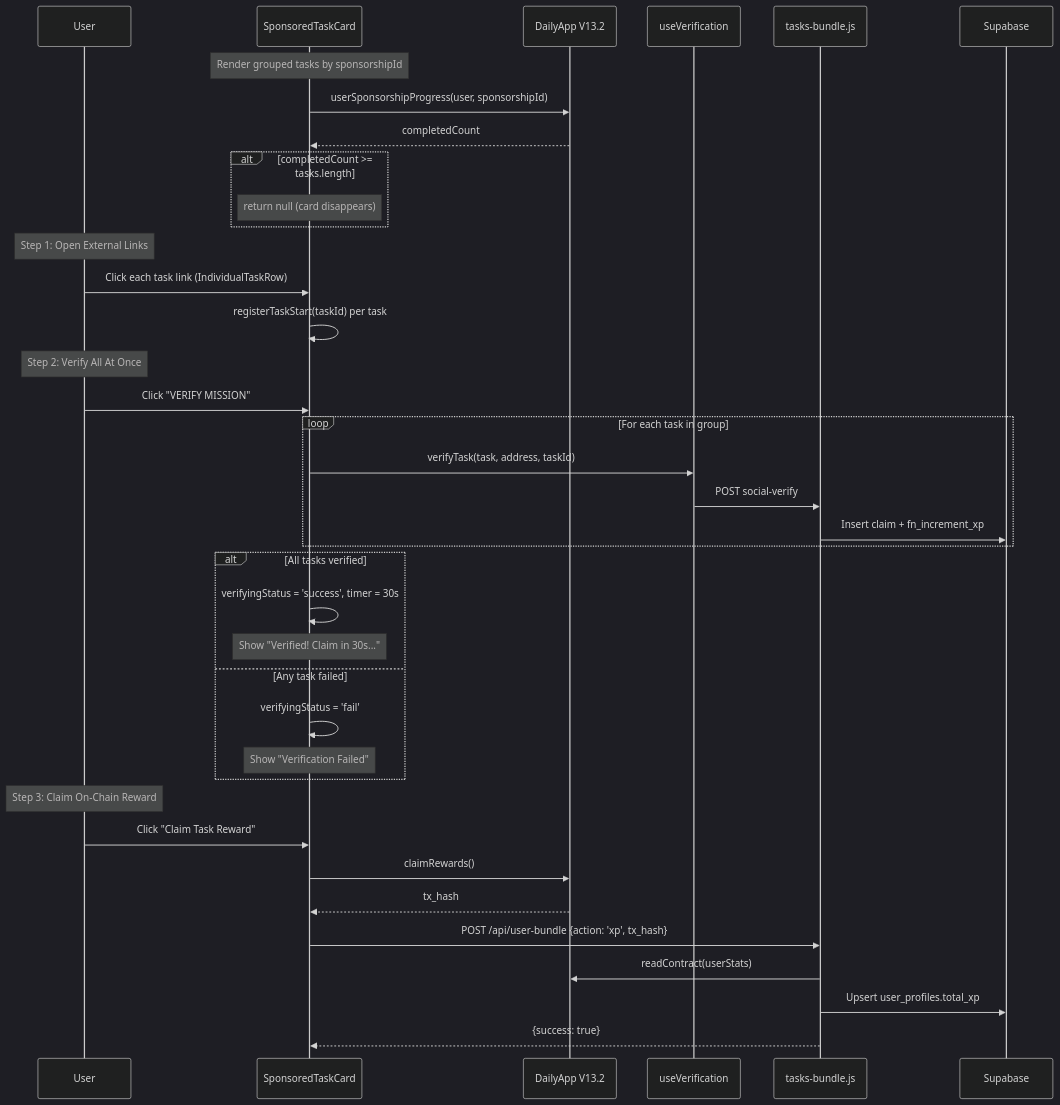
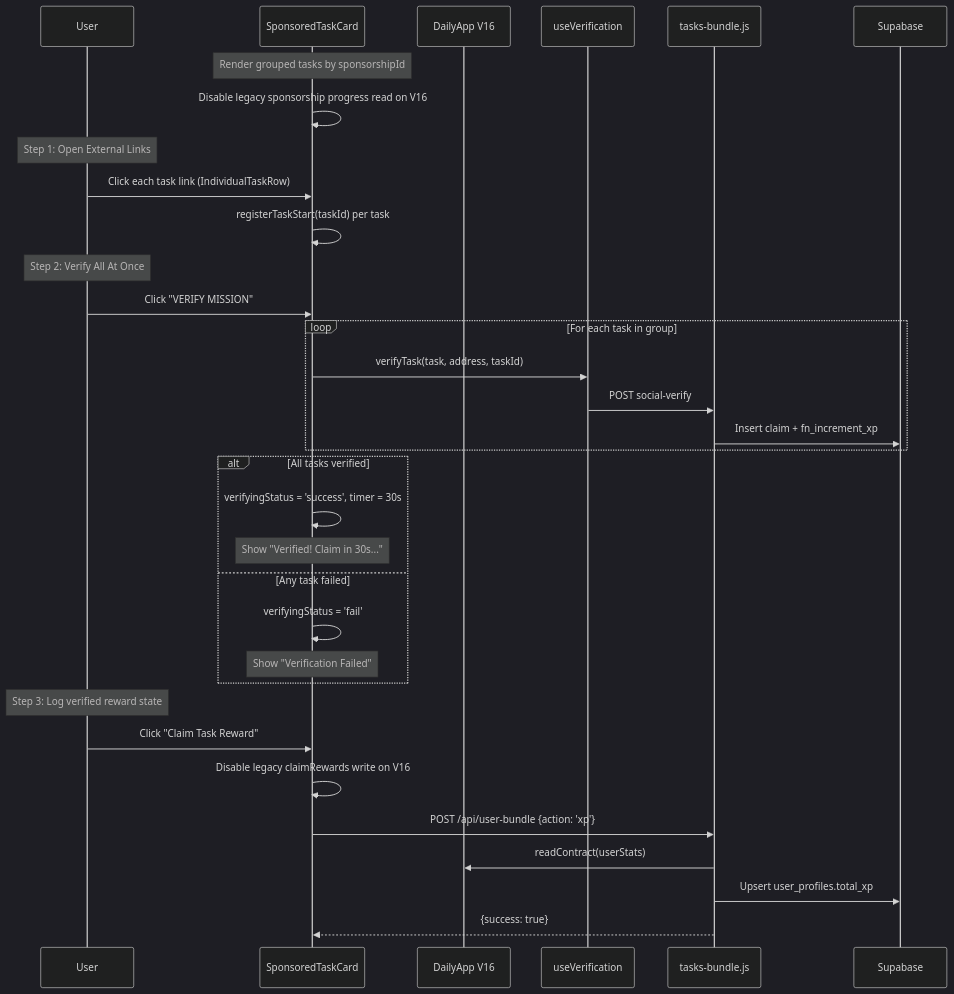
One commit to cryptodiscolab/Crypto_Discovery_App changed the fourth of 8 diagrams in PRD/TASK_FEATURE_WORKFLOW.md. Above: the diagram before and after it, drawn with Mermaid (dark theme). The commit also changed other lines of this file and 39 other files, not shown here.

````diff
--- a/PRD/TASK_FEATURE_WORKFLOW.md
+++ b/PRD/TASK_FEATURE_WORKFLOW.md
@@ -422,47 +424,40 @@
 ```mermaid
 sequenceDiagram
     participant U as User
     participant STC as SponsoredTaskCard
-    participant SC as DailyApp V13.2
+    participant SC as DailyApp V16
     participant UV as useVerification
     participant API as tasks-bundle.js
     participant DB as Supabase
 
     Note over STC: Render grouped tasks by sponsorshipId
-    STC->>SC: userSponsorshipProgress(user, sponsorshipId)
-    SC-->>STC: completedCount
-
-    alt completedCount >= tasks.length
-        Note over STC: return null (card disappears)
-    end
+    STC->>STC: Disable legacy sponsorship progress read on V16
 
     Note over U: Step 1: Open External Links
     U->>STC: Click each task link (IndividualTaskRow)
     STC->>STC: registerTaskStart(taskId) per task
 
     Note over U: Step 2: Verify All At Once
     U->>STC: Click "VERIFY MISSION"
     loop For each task in group
         STC->>UV: verifyTask(task, address, taskId)
         UV->>API: POST social-verify
         API->>DB: Insert claim + fn_increment_xp
     end
 
     alt All tasks verified
         STC->>STC: verifyingStatus = 'success', timer = 30s
         Note over STC: Show "Verified! Claim in 30s..."
     else Any task failed
         STC->>STC: verifyingStatus = 'fail'
         Note over STC: Show "Verification Failed"
     end
 
-    Note over U: Step 3: Claim On-Chain Reward
+    Note over U: Step 3: Log verified reward state
     U->>STC: Click "Claim Task Reward"
-    STC->>SC: claimRewards()
-    SC-->>STC: tx_hash
-
-    STC->>API: POST /api/user-bundle {action: 'xp', tx_hash}
+    STC->>STC: Disable legacy claimRewards write on V16
+    STC->>API: POST /api/user-bundle {action: 'xp'}
     API->>SC: readContract(userStats)
     API->>DB: Upsert user_profiles.total_xp
     API-->>STC: {success: true}
 ```
````
